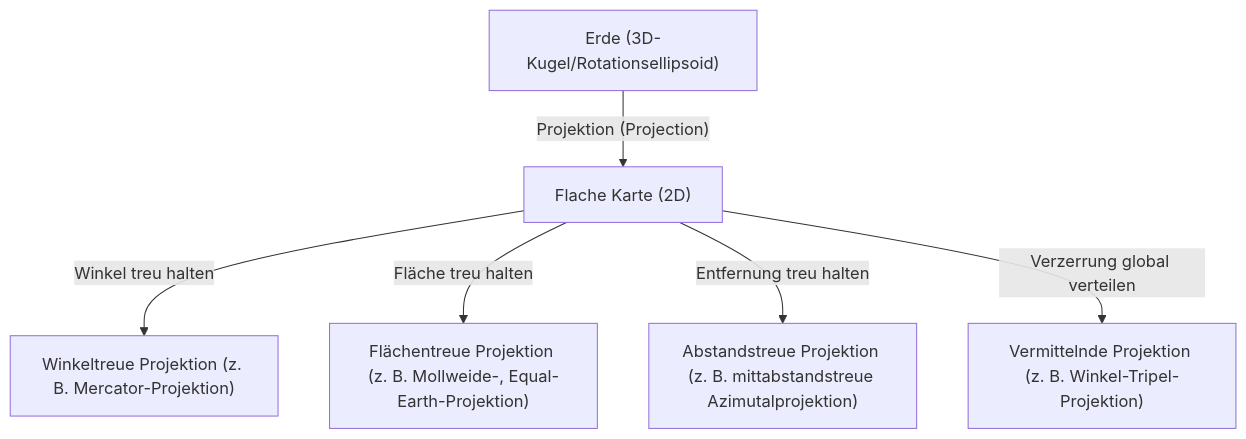
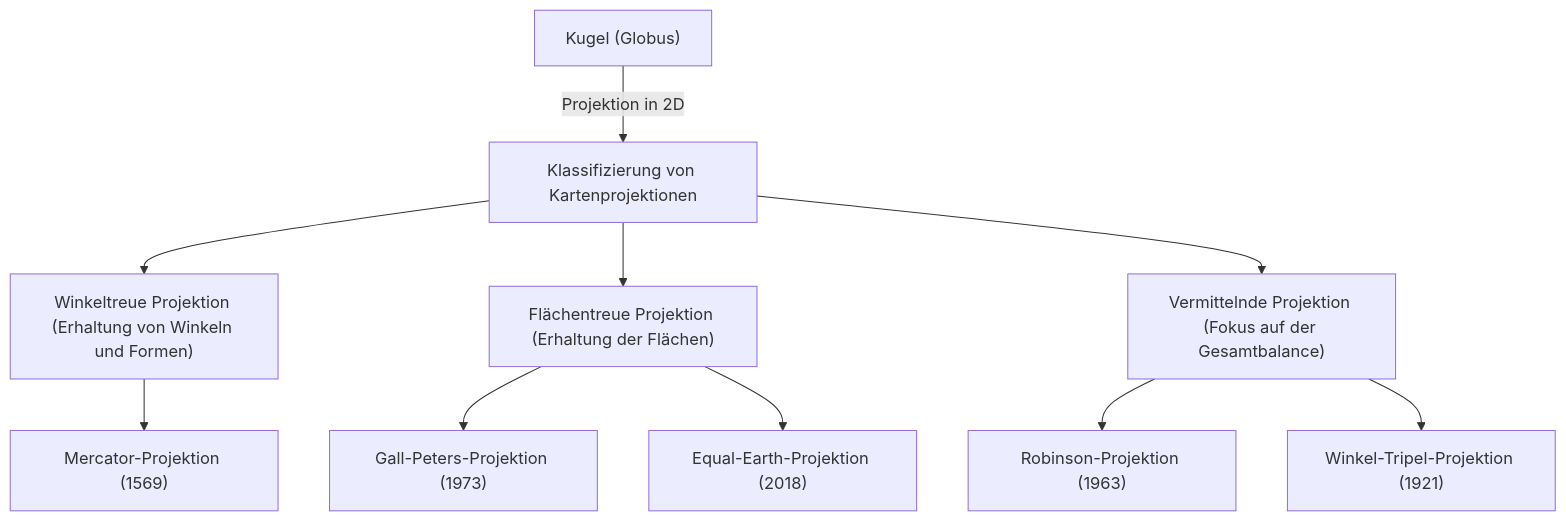
One commit to kenjinote/blog changed the diagram in content/post/history-of-map-projections/index.de.md. Above: the diagram before and after it, drawn with Mermaid. The commit also changed other lines of this file and 129 other files, not shown here.

````diff
--- a/content/post/history-of-map-projections/index.de.md
+++ b/content/post/history-of-map-projections/index.de.md
@@ -19,8 +30,13 @@
 ```mermaid
 graph TD
-    A["Erde (3D-Kugel/Rotationsellipsoid)"] -- "Projektion (Projection)" --> B["Flache Karte (2D)"]
-    B -- "Winkel treu halten" --> C["Winkeltreue Projektion (z. B. Mercator-Projektion)"]
-    B -- "Fläche treu halten" --> D["Flächentreue Projektion (z. B. Mollweide-, Equal-Earth-Projektion)"]
-    B -- "Entfernung treu halten" --> E["Abstandstreue Projektion (z. B. mittabstandstreue Azimutalprojektion)"]
-    B -- "Verzerrung global verteilen" --> F["Vermittelnde Projektion (z. B. Winkel-Tripel-Projektion)"]
+    A["Kugel (Globus)"] -->|"Projektion in 2D"| B["Klassifizierung von Kartenprojektionen"]
+    B --> C["Winkeltreue Projektion (Erhaltung von Winkeln und Formen)"]
+    B --> D["Flächentreue Projektion (Erhaltung der Flächen)"]
+    B --> E["Vermittelnde Projektion (Fokus auf der Gesamtbalance)"]
+    
+    C --> F["Mercator-Projektion (1569)"]
+    D --> G["Gall-Peters-Projektion (1973)"]
+    D --> H["Equal-Earth-Projektion (2018)"]
+    E --> I["Robinson-Projektion (1963)"]
+    E --> J["Winkel-Tripel-Projektion (1921)"]
 ```
````
